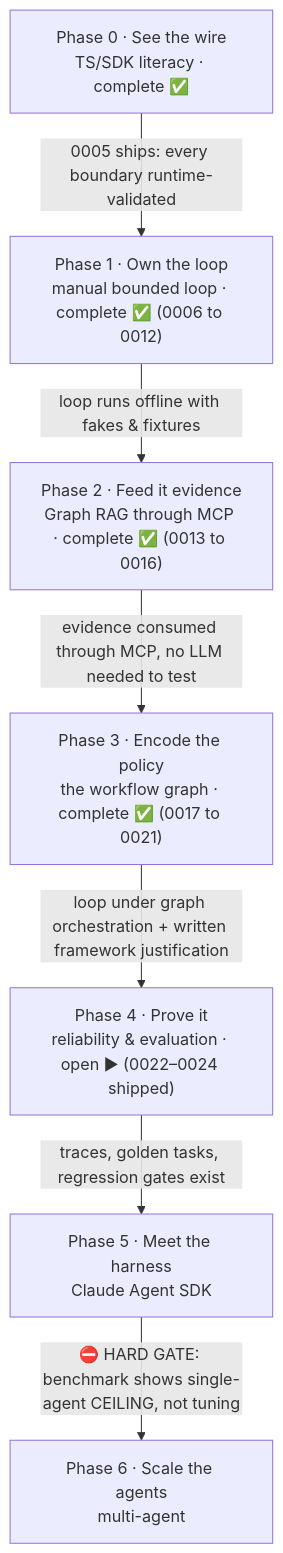
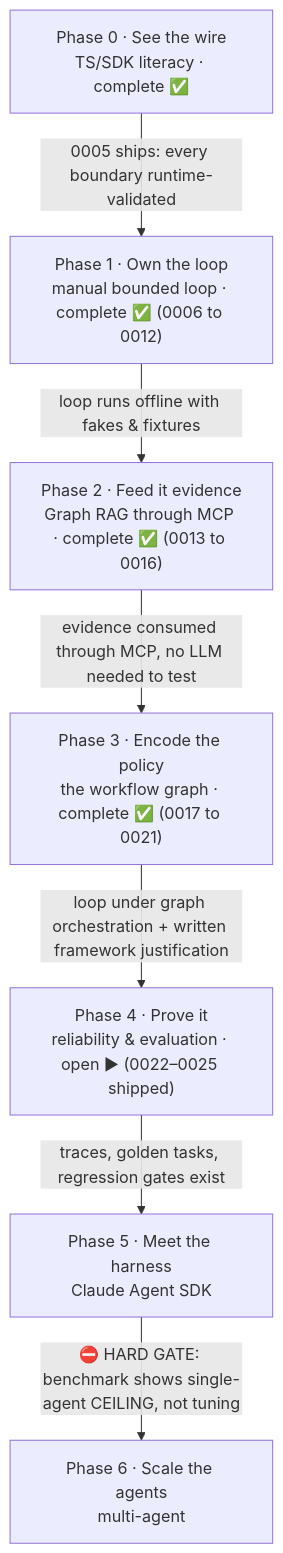
The first of 7 diagrams in wiki/course/course-module-graph.md (JozsefKiss90/TS), drawn with Mermaid before and after one commit. The commit also changed other lines of this file and 23 other files, not shown here.

````diff
--- a/wiki/course/course-module-graph.md
+++ b/wiki/course/course-module-graph.md
@@ -17,16 +17,16 @@
 ```mermaid
 flowchart TD
     P0["Phase 0 · See the wire<br/>TS/SDK literacy · complete ✅"]
     P1["Phase 1 · Own the loop<br/>manual bounded loop · complete ✅ (0006 to 0012)"]
     P2["Phase 2 · Feed it evidence<br/>Graph RAG through MCP · complete ✅ (0013 to 0016)"]
     P3["Phase 3 · Encode the policy<br/>the workflow graph · complete ✅ (0017 to 0021)"]
-    P4["Phase 4 · Prove it<br/>reliability & evaluation · open ▶ (0022–0024 shipped)"]
+    P4["Phase 4 · Prove it<br/>reliability & evaluation · open ▶ (0022–0025 shipped)"]
     P5["Phase 5 · Meet the harness<br/>Claude Agent SDK"]
     P6["Phase 6 · Scale the agents<br/>multi-agent"]
     P0 -->|"0005 ships: every boundary runtime-validated"| P1
     P1 -->|"loop runs offline with fakes & fixtures"| P2
     P2 -->|"evidence consumed through MCP, no LLM needed to test"| P3
     P3 -->|"loop under graph orchestration + written framework justification"| P4
     P4 -->|"traces, golden tasks, regression gates exist"| P5
     P5 -->|"⛔ HARD GATE: benchmark shows single-agent CEILING, not tuning"| P6
 ```
````
